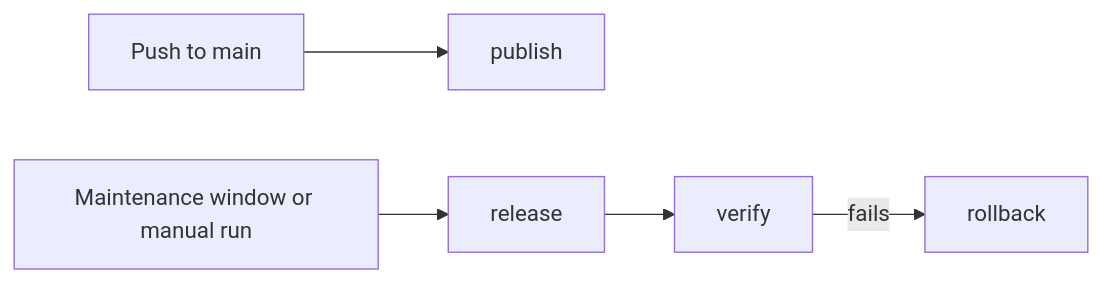
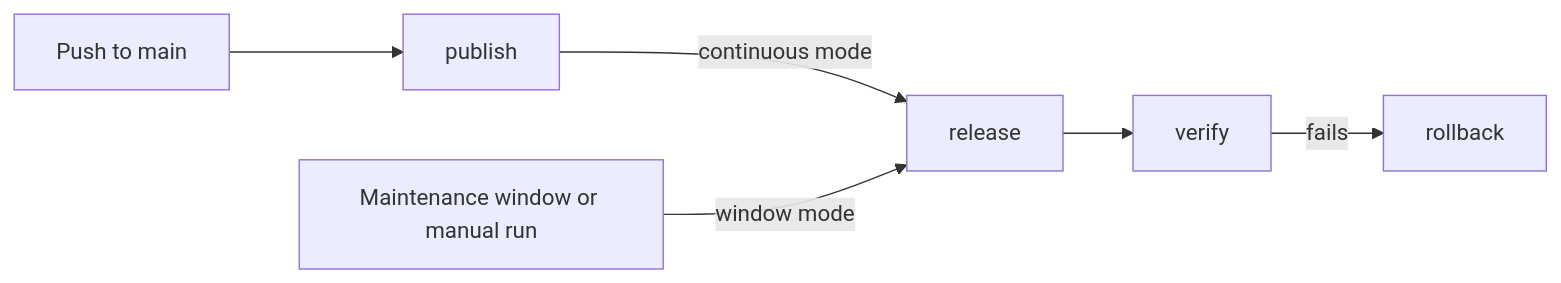
Before and after one commit to SoltuneMontepre/medilab: the second of 2 diagrams in docs/infrastructure/pipelines.md, drawn with Mermaid. The commit also changed other lines of this file and 2 other files, not shown here.

Commit message:
[docs] Choose between continuous and maintenance window releases

````diff
--- a/docs/infrastructure/pipelines.md
+++ b/docs/infrastructure/pipelines.md
@@ -55,6 +55,8 @@
 ```mermaid
 flowchart LR
     push[Push to main] --> publish
-    window[Maintenance window or manual run] --> release --> verify
+    publish -- continuous mode --> release
+    window[Maintenance window or manual run] -- window mode --> release
+    release --> verify
     verify -- fails --> rollback
 ```
````
